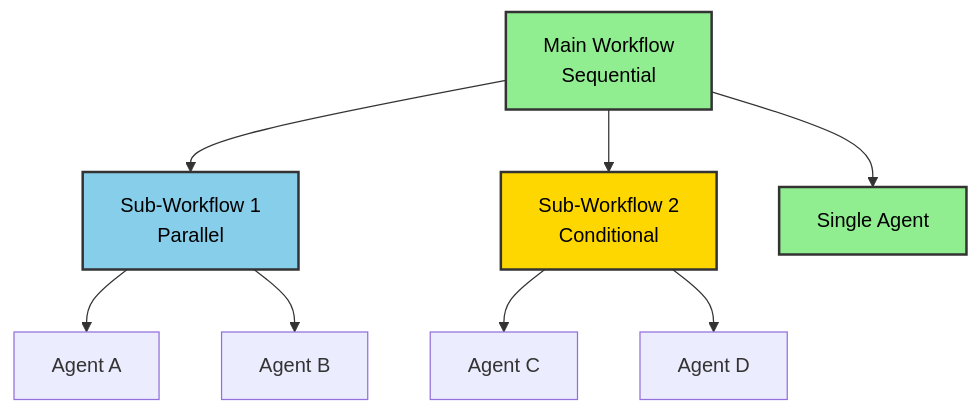
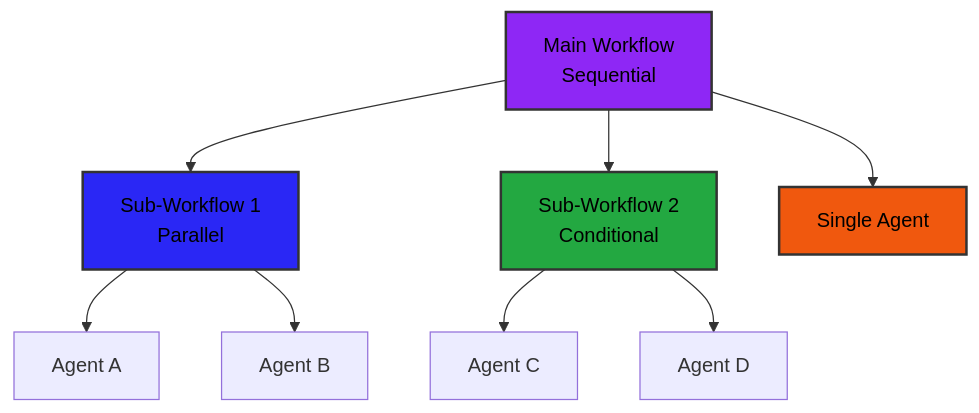
Before and after one commit to OpenLiberty/liberty-workshop-langchain4j: the first of 6 diagrams in docs/docs/section-2/step-03.md, drawn with Mermaid. The commit also changed other lines of this file and 12 other files, not shown here.

````diff
--- a/docs/docs/section-2/step-03.md
+++ b/docs/docs/section-2/step-03.md
@@ -56,17 +60,17 @@
 ```mermaid
 graph TD
     Main["Main Workflow<br/>Sequential"] --> Sub1["Sub-Workflow 1<br/>Parallel"]
     Main --> Sub2["Sub-Workflow 2<br/>Conditional"]
     Main --> Agent["Single Agent"]
     
     Sub1 --> A1["Agent A"]
     Sub1 --> A2["Agent B"]
     
     Sub2 --> B1["Agent C"]
     Sub2 --> B2["Agent D"]
     
-    style Main fill:#90EE90,stroke:#333,stroke-width:2,color:#000
-    style Sub1 fill:#87CEEB,stroke:#333,stroke-width:2,color:#000
-    style Sub2 fill:#FFD700,stroke:#333,stroke-width:2,color:#000
-    style Agent fill:#90EE90,stroke:#333,stroke-width:2,color:#000
+    style Main fill:#8E27F5,stroke:#333,stroke-width:2,color:#000
+    style Sub1 fill:#2A27F5,stroke:#333,stroke-width:2,color:#000
+    style Sub2 fill:#23A841,stroke:#333,stroke-width:2,color:#000
+    style Agent fill:#F0580E,stroke:#333,stroke-width:2,color:#000
 ```
````
